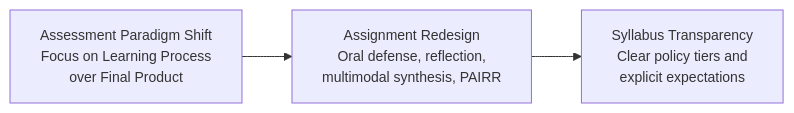
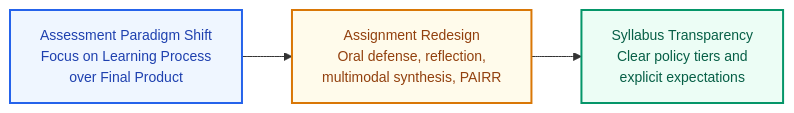
The diagram in chapters/03-objectives-outcomes.qmd (UCSB-Library-Research-Data-Services/AI-Literacy), drawn with Mermaid before and after one commit. The commit also changed 16 other files, not shown here.

First line of the commit message:
Refactor Mermaid styles and enhance flowchart definitions

````diff
--- a/chapters/03-objectives-outcomes.qmd
+++ b/chapters/03-objectives-outcomes.qmd
@@ -77,17 +77,25 @@
 ```{mermaid}
 %%| fig-cap: "Pedagogical Transformation Model for Educators"
 %%{init: {'flowchart': {'htmlLabels': false}, 'themeVariables': {'fontSize': '14px'}}}%%
 flowchart LR
     A["`Assessment Paradigm Shift
         Focus on Learning Process
         over Final Product`"]
     B["`Assignment Redesign
         Oral defense, reflection,
         multimodal synthesis, PAIRR`"]
     C["`Syllabus Transparency
         Clear policy tiers and
         explicit expectations`"]
 
     A --> B
     B --> C
+
+    classDef paradigm fill:#eff6ff,stroke:#2563eb,stroke-width:2px,color:#1e40af;
+    classDef redesign fill:#fffbeb,stroke:#d97706,stroke-width:2px,color:#92400e;
+    classDef policy fill:#ecfdf5,stroke:#059669,stroke-width:2px,color:#065f46;
+
+    class A paradigm;
+    class B redesign;
+    class C policy;
 ```
````
